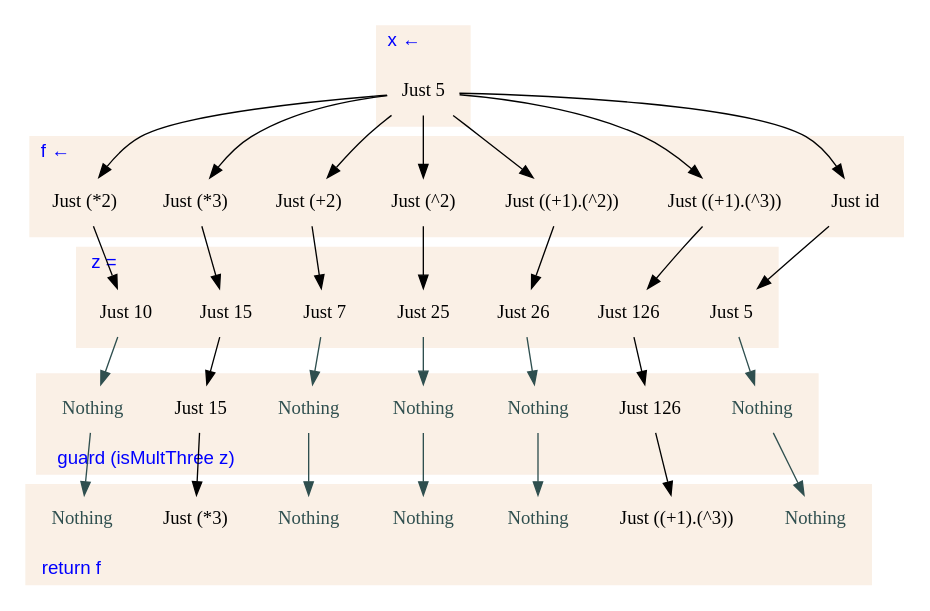
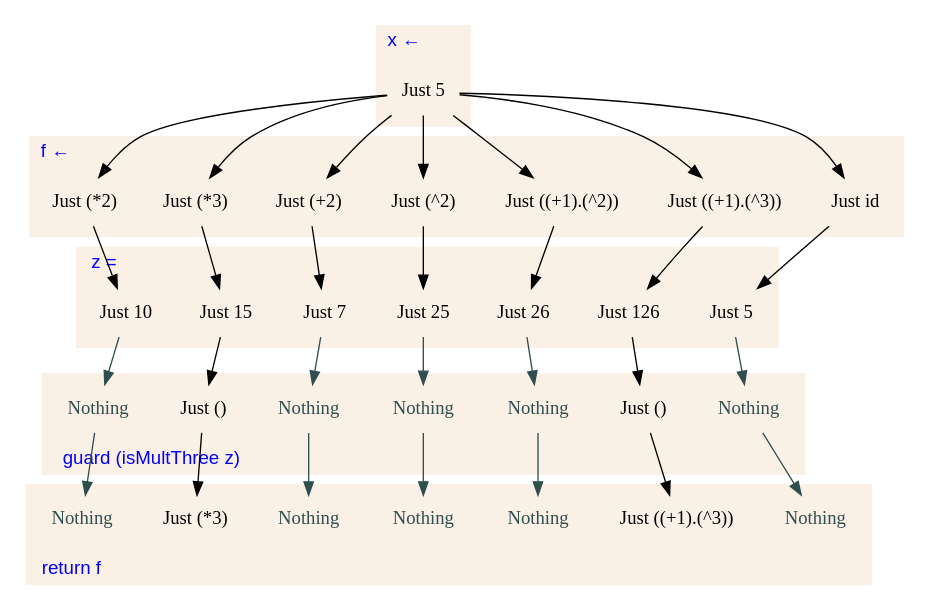
Before and after one commit to mstksg/inCode: the diagram in work/monad-plus/testnumber.dot, drawn with Graphviz. The commit also changed 3 other files, not shown here.

```diff
--- a/work/monad-plus/testnumber.dot
+++ b/work/monad-plus/testnumber.dot
@@ -1,107 +1,107 @@
 digraph {
 
     node [shape=none, color=white, fontname="palatino"] ;
     graph [fontname="helvetica"] ;
 
     labeljust="l";
     constraint=false;
 
     subgraph cluster0 {
         label="x ←" ;
         fontcolor=blue;
         style=filled ;
         color=linen ;
         x  [label="Just 5"] ;
     }
 
     subgraph cluster1 {
         label="f ←" ;
         fontcolor=blue;
         style=filled ;
         color=linen ;
         y7 [label="Just id"] ;
         y6 [label="Just ((+1).(^3))"] ;
         y5 [label="Just ((+1).(^2))"] ;
         y4 [label="Just (^2)"] ;
         y3 [label="Just (+2)"] ;
         y2 [label="Just (*3)"] ;
         y1 [label="Just (*2)"] ;
     }
 
     subgraph cluster2 {
         label="z =" ;
         fontcolor=blue;
         style=filled;
         color=linen;
         z7 [label="Just 5"] ;
         z6 [label="Just 126"] ;
         z5 [label="Just 26"] ;
         z4 [label="Just 25"] ;
         z3 [label="Just 7"] ;
         z2 [label="Just 15"] ;
         z1 [label="Just 10"] ;
     }
 
     subgraph cluster3 {
         label="guard (isMultThree z)" ;
         labelloc=b;
         fontcolor=blue;
         style=filled;
         color=linen;
         g7 [label="Nothing",fontcolor=darkslategray] ;
-        g6 [label="Just 126"] ;
+        g6 [label="Just ()"] ;
         g5 [label="Nothing",fontcolor=darkslategray] ;
         g4 [label="Nothing",fontcolor=darkslategray] ;
         g3 [label="Nothing",fontcolor=darkslategray] ;
-        g2 [label="Just 15"] ;
+        g2 [label="Just ()"] ;
         g1 [label="Nothing",fontcolor=darkslategray] ;
     }
 
     subgraph cluster4 {
         label="return f" ;
         labelloc=b;
         fontcolor=blue;
         style=filled;
         color=linen;
         r7 [label="Nothing",fontcolor=darkslategray] ;
         r6 [label="Just ((+1).(^3))"] ;
         r5 [label="Nothing",fontcolor=darkslategray] ;
         r4 [label="Nothing",fontcolor=darkslategray] ;
         r3 [label="Nothing",fontcolor=darkslategray] ;
         r2 [label="Just (*3)"] ;
         r1 [label="Nothing",fontcolor=darkslategray] ;
     }
 
     x  -> y1 ;
     x  -> y2 ;
     x  -> y3 ;
     x  -> y4 ;
     x  -> y5 ;
     x  -> y6 ;
     x  -> y7 ;
 
     y1 -> z1 ;
     y2 -> z2 ;
     y3 -> z3 ;
     y4 -> z4 ;
     y5 -> z5 ;
     y6 -> z6 ;
     y7 -> z7 ;
 
     z1 -> g1 [color=darkslategray];
     z2 -> g2 ;
     z3 -> g3 [color=darkslategray];
     z4 -> g4 [color=darkslategray];
     z5 -> g5 [color=darkslategray];
     z6 -> g6 ;
     z7 -> g7 [color=darkslategray];
 
     g1 -> r1 [color=darkslategray];
     g2 -> r2 ;
     g3 -> r3 [color=darkslategray];
     g4 -> r4 [color=darkslategray];
     g5 -> r5 [color=darkslategray];
     g6 -> r6 ;
     g7 -> r7 [color=darkslategray];
 
 }
```
